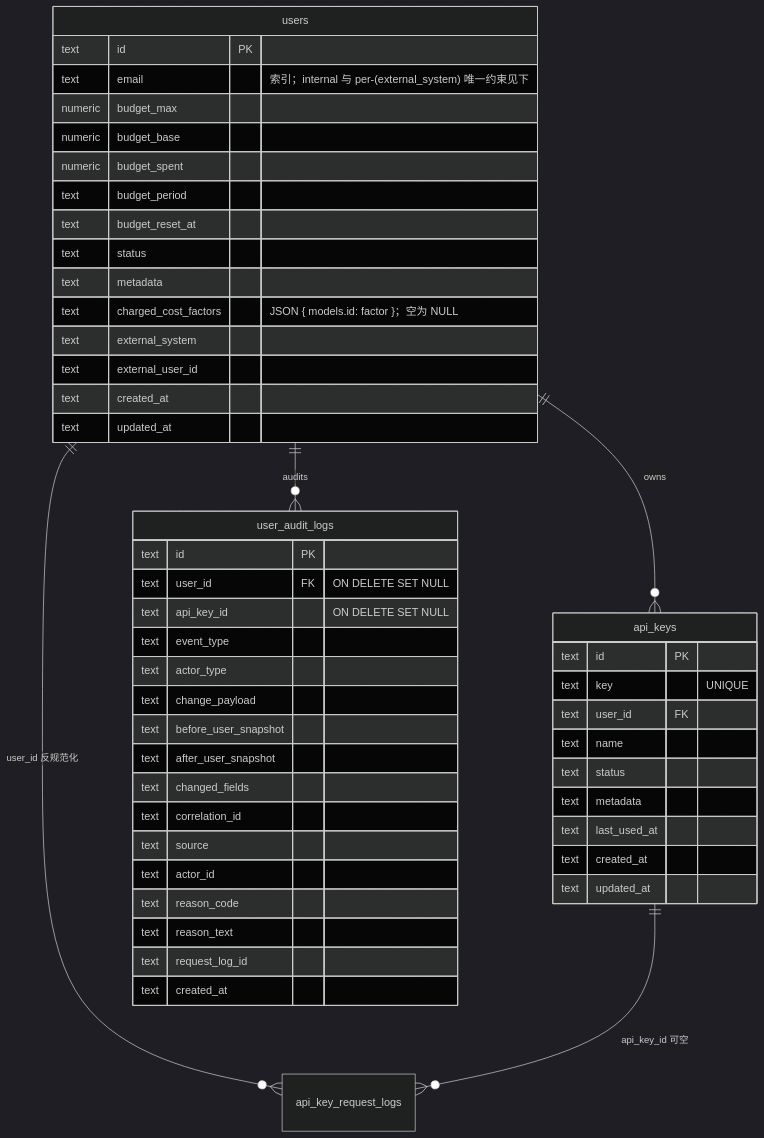
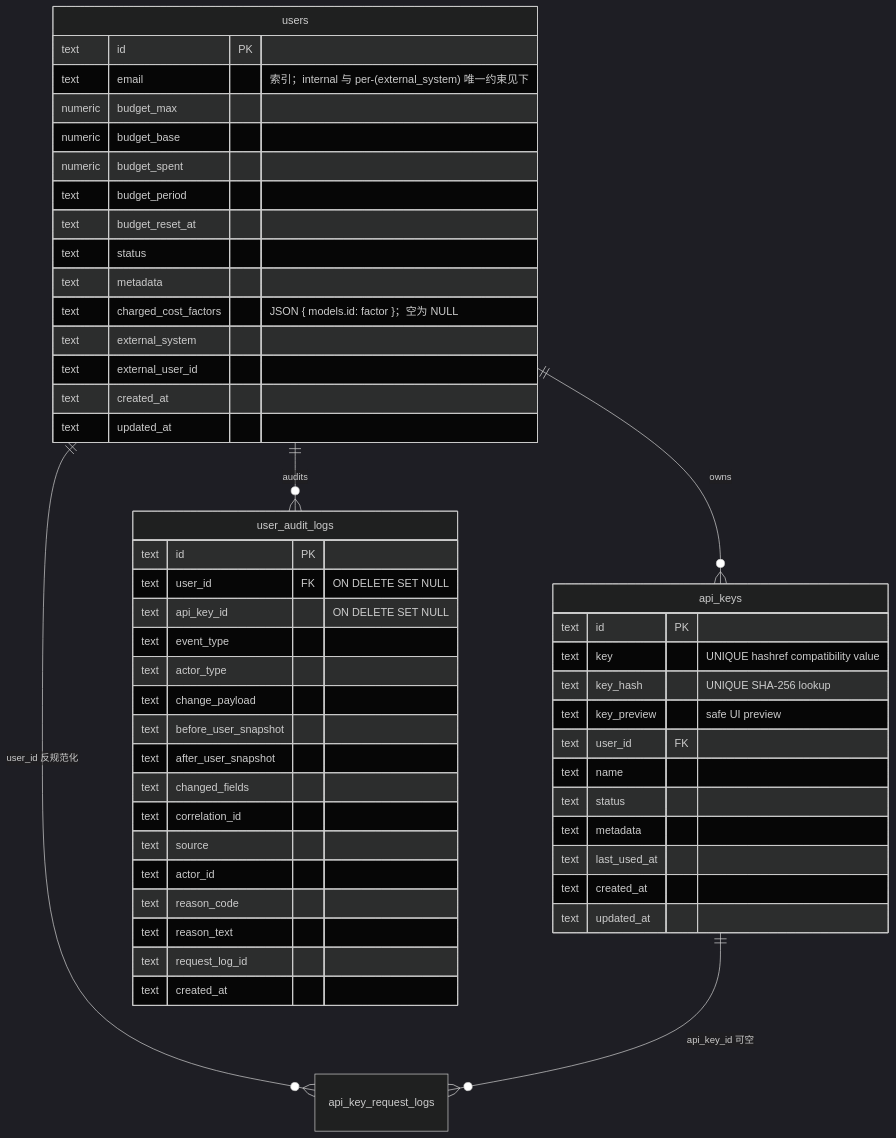
Before and after one commit to cinagroup/cinatoken: the diagram in docs/developers/architecture/user-keys-data-model.md, drawn with Mermaid (dark theme). The commit also changed other lines of this file and 119 other files, not shown here.

````diff
--- a/docs/developers/architecture/user-keys-data-model.md
+++ b/docs/developers/architecture/user-keys-data-model.md
@@ -7,55 +7,57 @@
 ```mermaid
 erDiagram
     users ||--o{ api_keys : owns
     users ||--o{ user_audit_logs : audits
     users ||--o{ api_key_request_logs : "user_id 反规范化"
     api_keys ||--o{ api_key_request_logs : "api_key_id 可空"
 
     users {
         text id PK
         text email "索引；internal 与 per-(external_system) 唯一约束见下"
         numeric budget_max
         numeric budget_base
         numeric budget_spent
         text budget_period
         text budget_reset_at
         text status
         text metadata
         text charged_cost_factors "JSON { models.id: factor }；空为 NULL"
         text external_system
         text external_user_id
         text created_at
         text updated_at
     }
 
     api_keys {
         text id PK
-        text key "UNIQUE"
+        text key "UNIQUE hashref compatibility value"
+        text key_hash "UNIQUE SHA-256 lookup"
+        text key_preview "safe UI preview"
         text user_id FK
         text name
         text status
         text metadata
         text last_used_at
         text created_at
         text updated_at
     }
 
     user_audit_logs {
         text id PK
         text user_id FK "ON DELETE SET NULL"
         text api_key_id "ON DELETE SET NULL"
         text event_type
         text actor_type
         text change_payload
         text before_user_snapshot
         text after_user_snapshot
         text changed_fields
         text correlation_id
         text source
         text actor_id
         text reason_code
         text reason_text
         text request_log_id
         text created_at
     }
 ```
````
